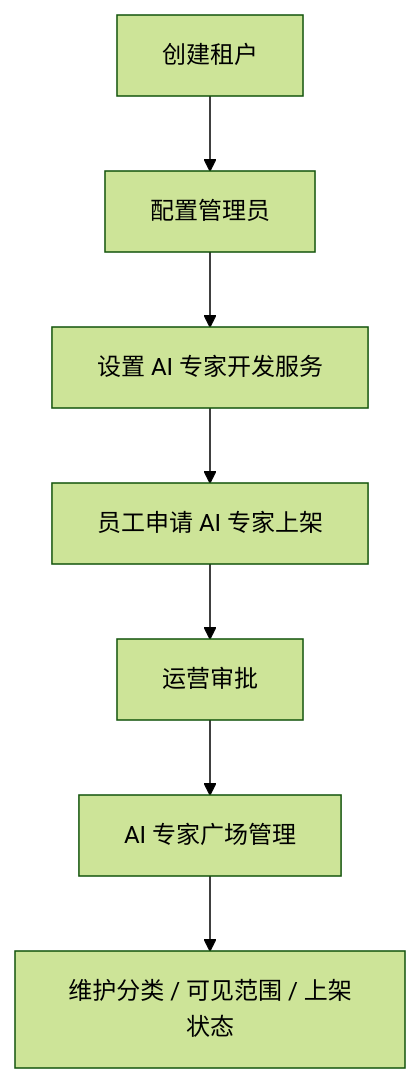
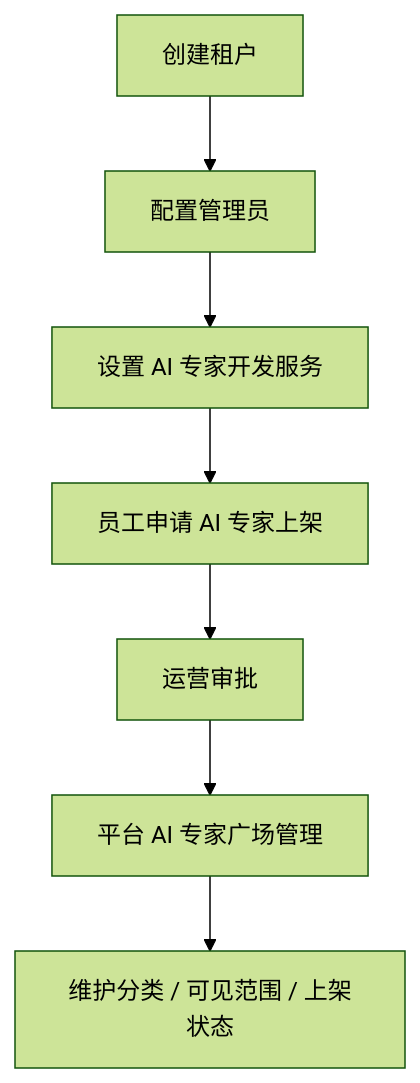
The fourth of 4 diagrams in Frontis AI · 完整 PRD V2.md (wanquanY/Frontis_prd), drawn with Mermaid (forest theme) before and after one commit. The commit also changed other lines of this file and 8 other files, not shown here.

````diff
--- a/Frontis AI · 完整 PRD V2.md
+++ b/Frontis AI · 完整 PRD V2.md
@@ -334,9 +338,9 @@
 ```mermaid
 flowchart TD
   A["创建租户"] --> B["配置管理员"]
   B --> C["设置 AI 专家开发服务"]
   C --> D["员工申请 AI 专家上架"]
   D --> E["运营审批"]
-  E --> F["AI 专家广场管理"]
+  E --> F["平台 AI 专家广场管理"]
   F --> G["维护分类 / 可见范围 / 上架状态"]
 ```
````
